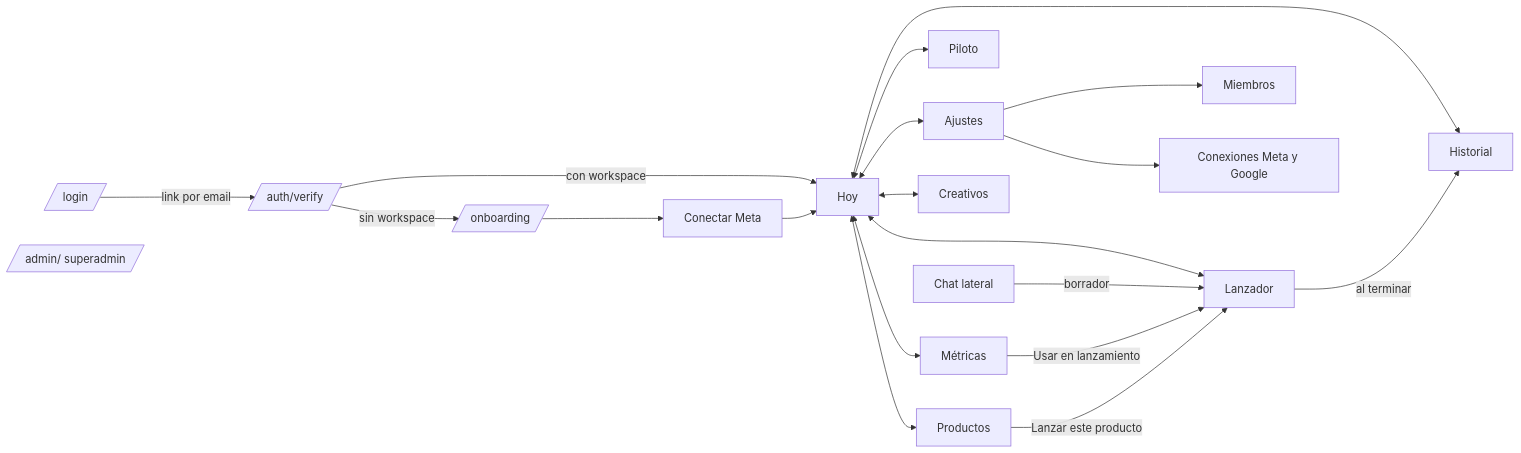
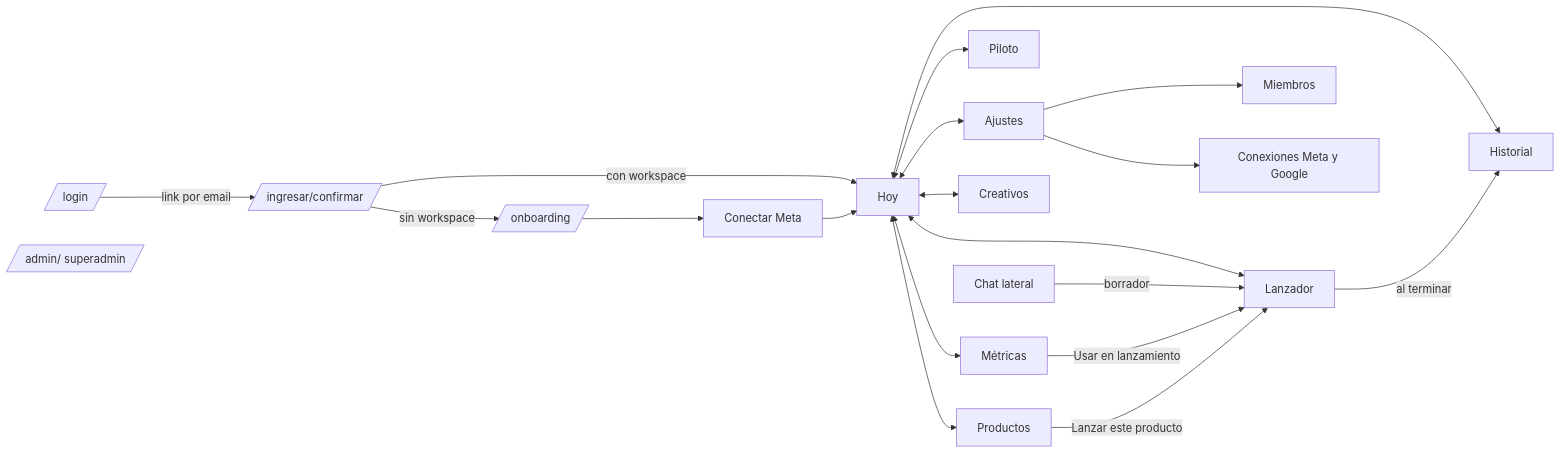
Before and after one commit to ilandaniele/lanzador-anuncios-ia: the diagram in docs/03-app-flow.md, drawn with Mermaid. The commit also changed other lines of this file and 9 other files, not shown here.

````diff
--- a/docs/03-app-flow.md
+++ b/docs/03-app-flow.md
@@ -7,22 +7,22 @@
 ```mermaid
 flowchart LR
-  L[/login/] -->|link por email| V[/auth/verify/]
+  L[/login/] -->|link por email| V[/ingresar/confirmar/]
   V -->|sin workspace| O[/onboarding/]
   V -->|con workspace| H[Hoy]
   O --> M[Conectar Meta]
   M --> H
   H <--> LZ[Lanzador]
   H <--> ME[Métricas]
   H <--> PI[Piloto]
   H <--> PR[Productos]
   H <--> HI[Historial]
   H <--> CR[Creativos]
   H <--> AJ[Ajustes]
   CH[Chat lateral] -->|borrador| LZ
   ME -->|Usar en lanzamiento| LZ
   PR -->|Lanzar este producto| LZ
   LZ -->|al terminar| HI
   AJ --> MI[Miembros]
   AJ --> CO[Conexiones Meta y Google]
   SA[/admin/ superadmin/]
 ```
````
